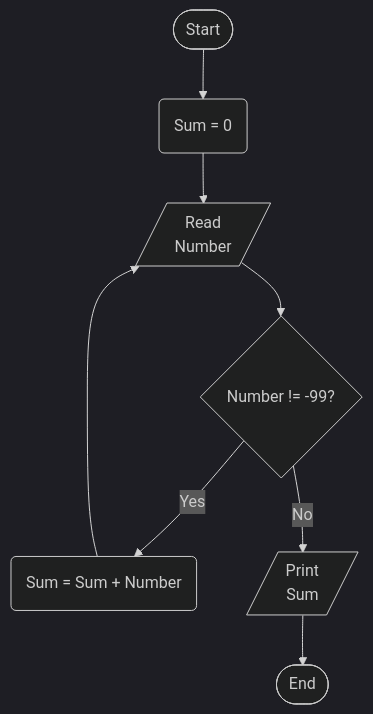
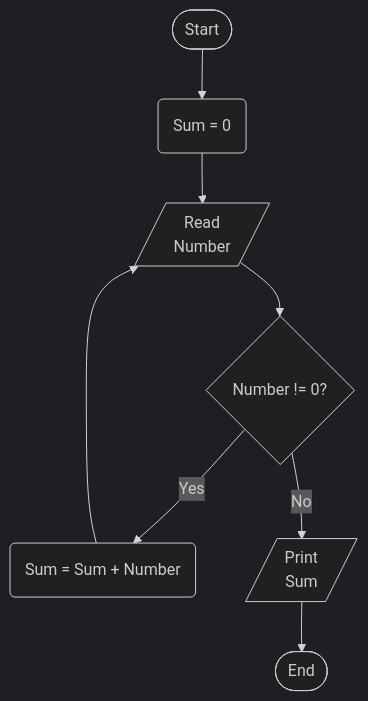
The diagram in src/_35_problem_37/Problem37.mmd (M4MD24/Algorithms-and-Problem-Solving-Level-1-by-Programming-Advices), drawn with Mermaid (dark theme) before and after one commit.

Commit message:
# Enhance Solving Problem 37

```diff
--- a/src/_35_problem_37/Problem37.mmd
+++ b/src/_35_problem_37/Problem37.mmd
@@ -1,16 +1,16 @@
-%% Write a program to read numbers from user and sum them, keep reading until the user enters -99 then print the sum on the screen
+%% Write a program to read numbers from user and sum them, keep reading until the user enters 0 then print the sum on the screen
 %% Steps
 %% Step 1: Ask the user to enter (Number)
 %% Step 2: Sum = 0
-%% Step 3: If Number != -99, Then (Sum = Sum + Number) and go to Step1, Otherwise print Sum
+%% Step 3: If Number != 0, Then (Sum = Sum + Number) and go to Step1, Otherwise print Sum
 
 flowchart TD
     Start([Start])
     Sum(Sum = 0)
     ReadNumber[/Read\nNumber/]
-    IsNumberNotEqualTo-99{Number != -99?}
+    IsNumberNotEqualTo0{Number != 0?}
     IncreaseSum(Sum = Sum + Number)
     PrintSum[/Print\nSum/]
     End([End])
-    Start --> Sum --> ReadNumber --> IsNumberNotEqualTo-99 -- Yes --> IncreaseSum --> ReadNumber
-    IsNumberNotEqualTo-99 -- No --> PrintSum --> End
+    Start --> Sum --> ReadNumber --> IsNumberNotEqualTo0 -- Yes --> IncreaseSum --> ReadNumber
+    IsNumberNotEqualTo0 -- No --> PrintSum --> End
```
